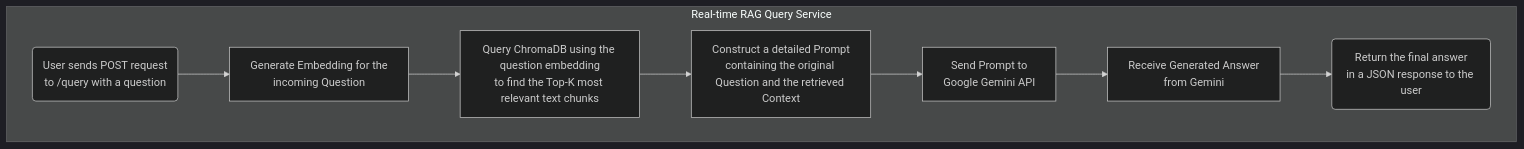
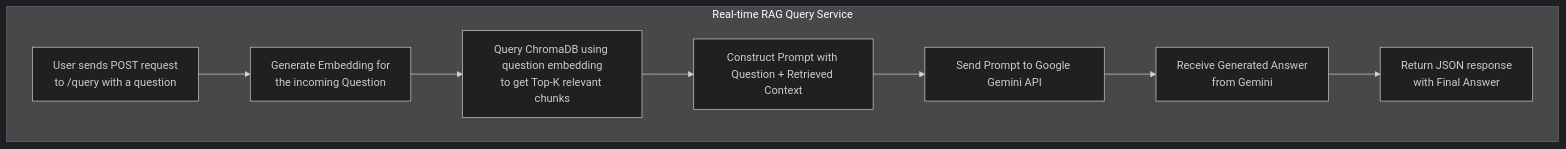
Before and after one commit to abdkhaleel/RAG-QnA-System: the second of 2 diagrams in README.md, drawn with Mermaid (dark theme). The commit also changed other lines of this file, not shown here.

````diff
--- a/README.md
+++ b/README.md
@@ -29,11 +29,12 @@
 ```mermaid
 flowchart TD
-    subgraph "Real-time RAG Query Service";
-        A(User sends POST request<br>to /query with a question) --> B["Generate Embedding for the<br>incoming Question"];
-        B --> C["Query ChromaDB using the question embedding<br>to find the Top-K most relevant text chunks"];
-        C --> D["Construct a detailed Prompt<br>containing the original Question and the retrieved Context"];
-        D --> E["Send Prompt to<br>Google Gemini API"];
-        E --> F["Receive Generated Answer<br>from Gemini"];
-        F --> G(Return the final answer<br>in a JSON response to the user);
+    subgraph "Real-time RAG Query Service"
+        A[User sends POST request<br/>to /query with a question] 
+            --> B[Generate Embedding for<br/>the incoming Question]
+        B --> C[Query ChromaDB using question embedding<br/>to get Top-K relevant chunks]
+        C --> D[Construct Prompt with Question + Retrieved Context]
+        D --> E[Send Prompt to Google Gemini API]
+        E --> F[Receive Generated Answer<br/>from Gemini]
+        F --> G[Return JSON response<br/>with Final Answer]
     end
 ```
````
